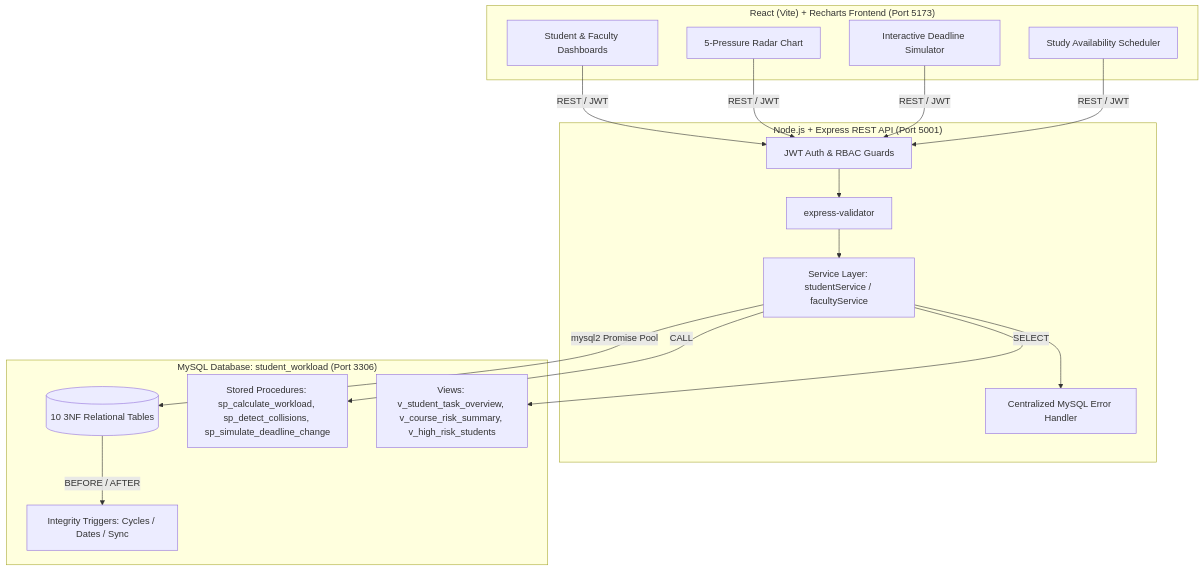
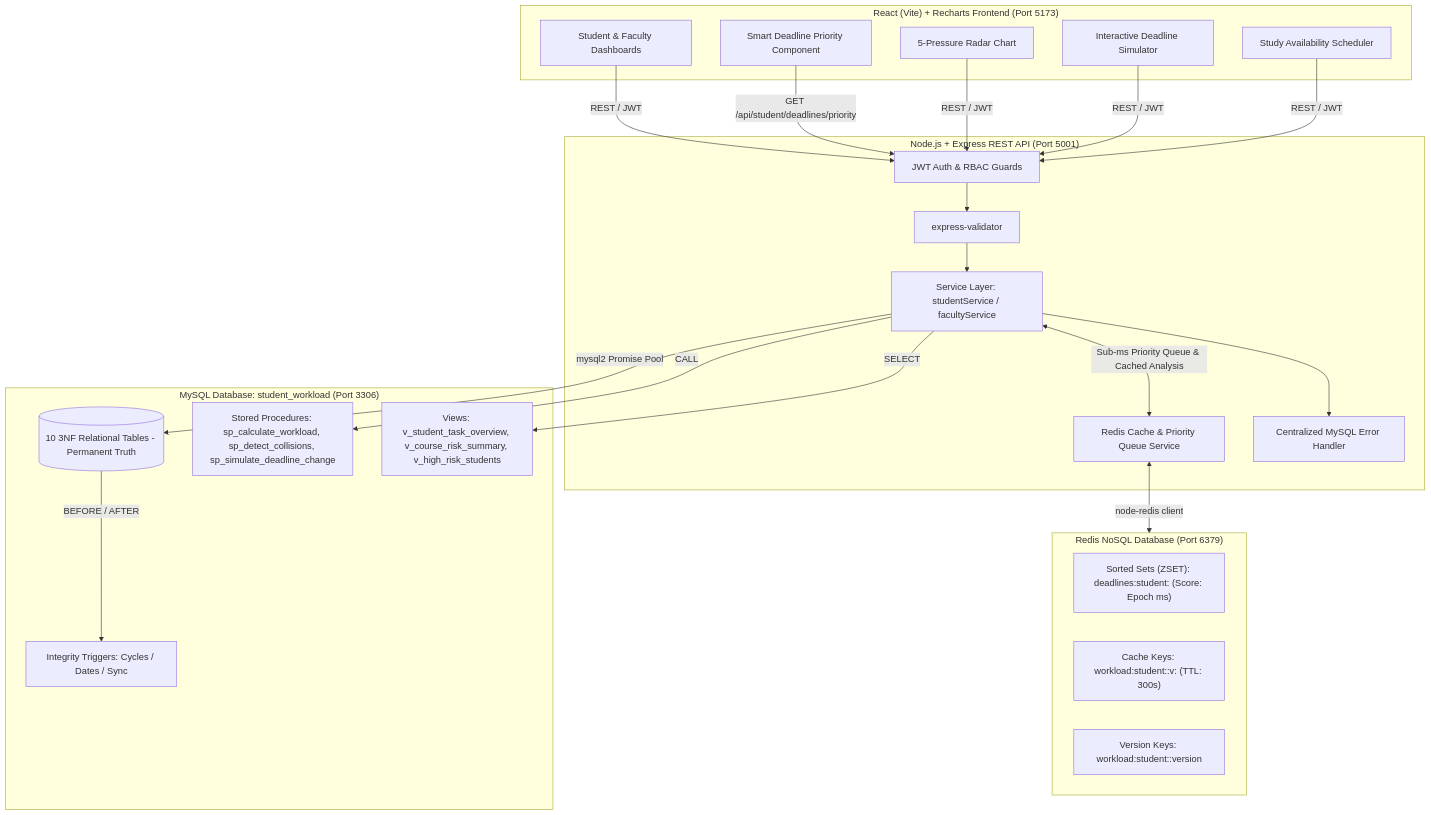
One commit to aadi-basal-06/workload-analyzer changed the diagram in README.md. Above: the diagram before and after it, drawn with Mermaid. The commit also changed other lines of this file and 20 other files, not shown here.

Commit message:
feat(redis): integrate Redis NoSQL for workload caching and deadline priority queue

````diff
--- a/README.md
+++ b/README.md
@@ -9,34 +9,45 @@
 ```mermaid
 graph TD
     subgraph Frontend["React (Vite) + Recharts Frontend (Port 5173)"]
         UI_Dash[Student & Faculty Dashboards]
+        UI_Priority[Smart Deadline Priority Component]
         UI_Radar[5-Pressure Radar Chart]
         UI_Sim[Interactive Deadline Simulator]
         UI_Avail[Study Availability Scheduler]
     end
 
     subgraph Backend["Node.js + Express REST API (Port 5001)"]
         AuthMid[JWT Auth & RBAC Guards]
         ValMid[express-validator]
         ServL[Service Layer: studentService / facultyService]
+        RedisServ[Redis Cache & Priority Queue Service]
         ErrMid[Centralized MySQL Error Handler]
     end
 
-    subgraph Database["MySQL Database: student_workload (Port 3306)"]
-        Tables[(10 3NF Relational Tables)]
+    subgraph RedisDB["Redis NoSQL Database (Port 6379)"]
+        ZSetQueue["Sorted Sets (ZSET): deadlines:student:<id> (Score: Epoch ms)"]
+        WorkloadCache["Cache Keys: workload:student:<id>:v<version>:<window> (TTL: 300s)"]
+        VersionCounter["Version Keys: workload:student:<id>:version"]
+    end
+
+    subgraph MySQLDB["MySQL Database: student_workload (Port 3306)"]
+        Tables[(10 3NF Relational Tables - Permanent Truth)]
         Triggers[Integrity Triggers: Cycles / Dates / Sync]
         Procedures[Stored Procedures: sp_calculate_workload, sp_detect_collisions, sp_simulate_deadline_change]
         Views[Views: v_student_task_overview, v_course_risk_summary, v_high_risk_students]
     end
 
     UI_Dash -->|REST / JWT| AuthMid
+    UI_Priority -->|GET /api/student/deadlines/priority| AuthMid
     UI_Radar -->|REST / JWT| AuthMid
     UI_Sim -->|REST / JWT| AuthMid
     UI_Avail -->|REST / JWT| AuthMid
 
     AuthMid --> ValMid --> ServL --> ErrMid
+    ServL <-->|Sub-ms Priority Queue & Cached Analysis| RedisServ
+    RedisServ <-->|node-redis client| RedisDB
     ServL -->|mysql2 Promise Pool| Tables
     ServL -->|CALL| Procedures
     ServL -->|SELECT| Views
     Tables -->|BEFORE / AFTER| Triggers
 ```
````
